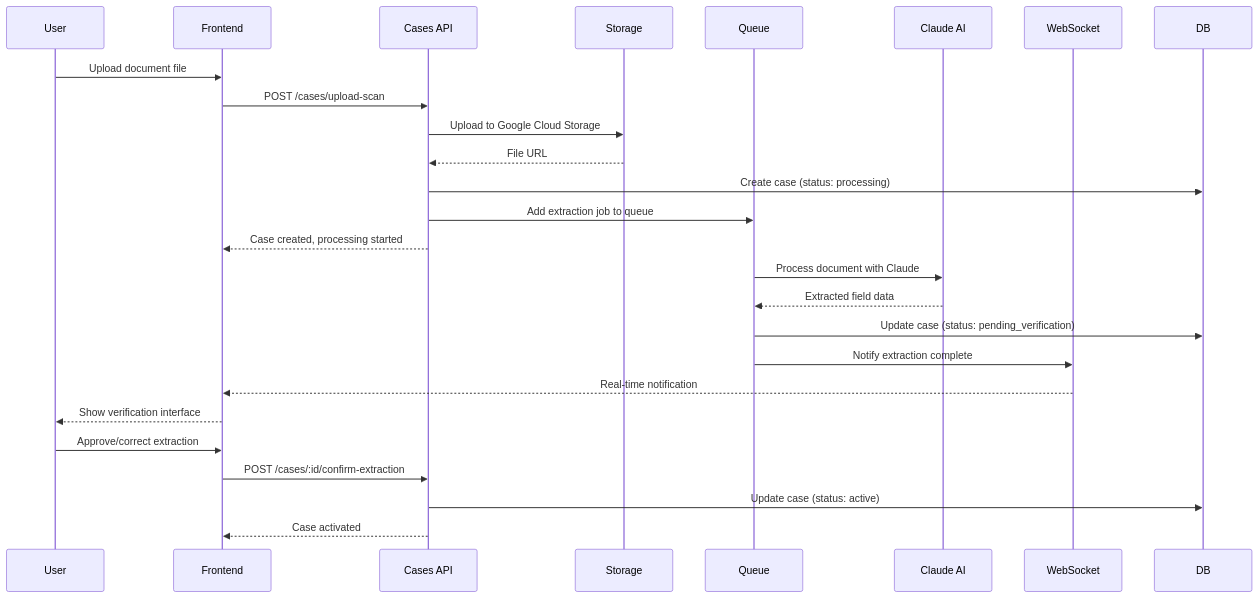
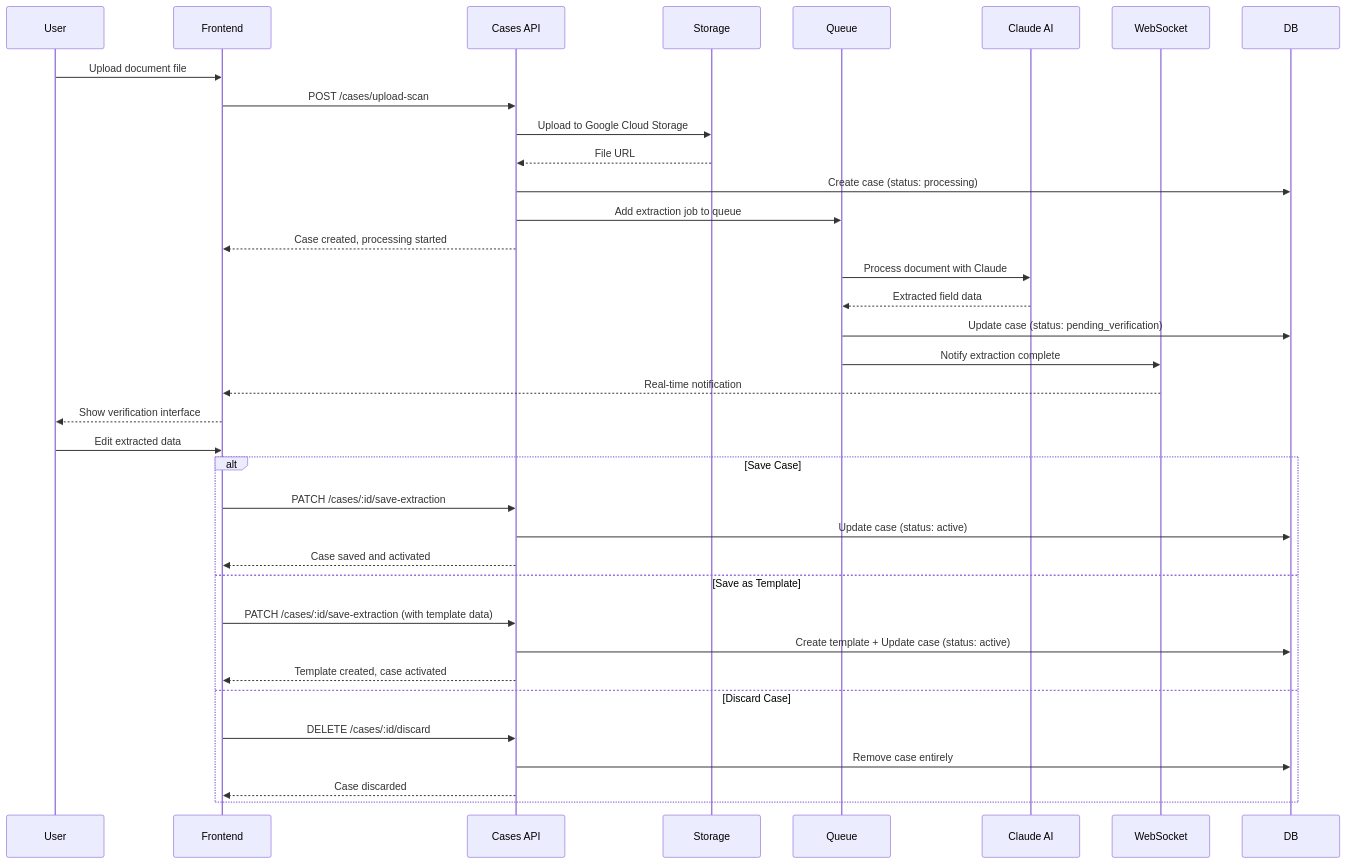
One commit to cconn8/cozeedesk changed the second of 3 diagrams in ARCHITECTURE.md. Above: the diagram before and after it, drawn with Mermaid. The commit also changed other lines of this file and 9 other files, not shown here.

Commit message:
simplified verification flow

````diff
--- a/ARCHITECTURE.md
+++ b/ARCHITECTURE.md
@@ -276,30 +296,41 @@
 ```mermaid
 sequenceDiagram
     participant U as User
     participant F as Frontend
     participant API as Cases API
     participant S as Storage
     participant Q as Queue
     participant AI as Claude AI
     participant WS as WebSocket
 
     U->>F: Upload document file
     F->>API: POST /cases/upload-scan
     API->>S: Upload to Google Cloud Storage
     S-->>API: File URL
     API->>DB: Create case (status: processing)
     API->>Q: Add extraction job to queue
     API-->>F: Case created, processing started
     
     Q->>AI: Process document with Claude
     AI-->>Q: Extracted field data
     Q->>DB: Update case (status: pending_verification)
     Q->>WS: Notify extraction complete
     WS-->>F: Real-time notification
     F-->>U: Show verification interface
     
-    U->>F: Approve/correct extraction
-    F->>API: POST /cases/:id/confirm-extraction
-    API->>DB: Update case (status: active)
-    API-->>F: Case activated
+    U->>F: Edit extracted data
+    
+    alt Save Case
+        F->>API: PATCH /cases/:id/save-extraction
+        API->>DB: Update case (status: active)
+        API-->>F: Case saved and activated
+    else Save as Template
+        F->>API: PATCH /cases/:id/save-extraction (with template data)
+        API->>DB: Create template + Update case (status: active)
+        API-->>F: Template created, case activated
+    else Discard Case
+        F->>API: DELETE /cases/:id/discard
+        API->>DB: Remove case entirely
+        API-->>F: Case discarded
+    end
 ```
````
